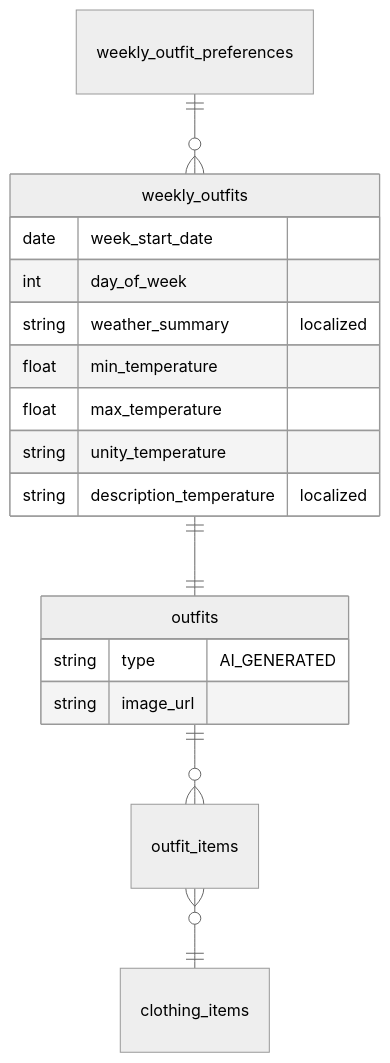
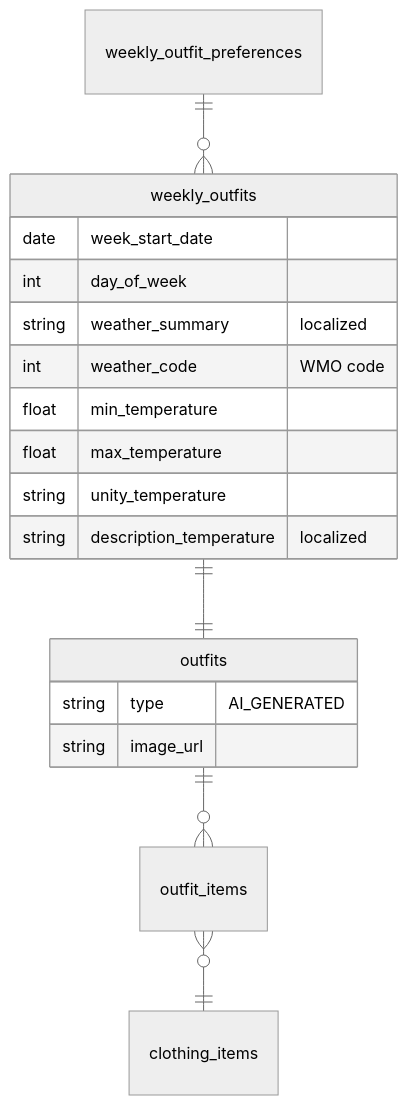
One commit to emmanuelviniciusdev/SkyDIIV--backstage changed the second of 3 diagrams in apps/worker-ai-workflows/docs/WEEKLY_OUTFITS_WORKFLOW.md. Above: the diagram before and after it, drawn with Mermaid (neutral theme). The commit also changed other lines of this file and 6 other files, not shown here.

Commit message:
feat: new weekly_outfits column (weather_code)

````diff
--- a/apps/worker-ai-workflows/docs/WEEKLY_OUTFITS_WORKFLOW.md
+++ b/apps/worker-ai-workflows/docs/WEEKLY_OUTFITS_WORKFLOW.md
@@ -376,22 +377,23 @@
 ```mermaid
 erDiagram
     weekly_outfit_preferences ||--o{ weekly_outfits : ""
     weekly_outfits ||--|| outfits : ""
     outfits ||--o{ outfit_items : ""
     outfit_items }o--|| clothing_items : ""
 
     weekly_outfits {
         date week_start_date
         int day_of_week
         string weather_summary "localized"
+        int weather_code "WMO code"
         float min_temperature
         float max_temperature
         string unity_temperature
         string description_temperature "localized"
     }
 
     outfits {
         string type "AI_GENERATED"
         string image_url
     }
 ```
````
